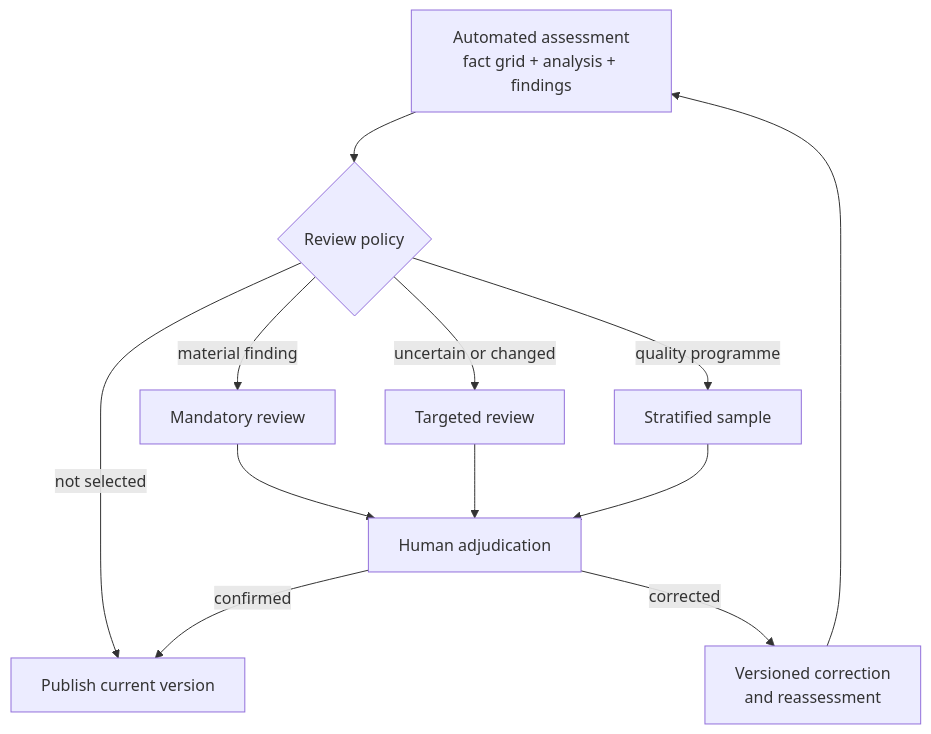
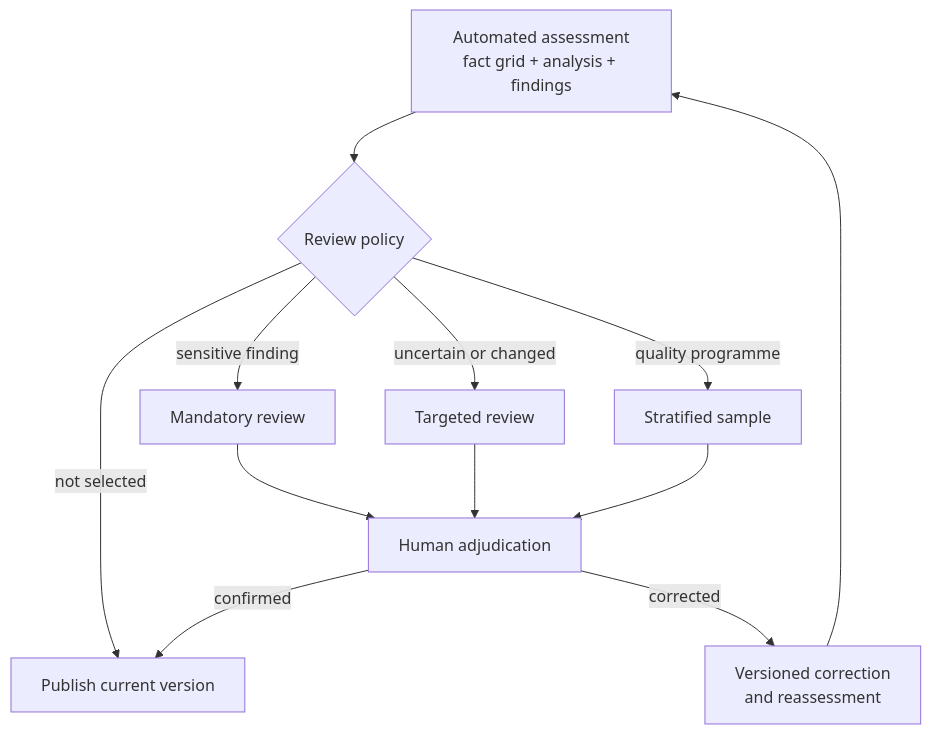
One commit to NickChaps/Open-AIRS changed the diagram in docs/en/quality-control.md. Above: the diagram before and after it, drawn with Mermaid. The commit also changed other lines of this file and 58 other files, not shown here.

````diff
--- a/docs/en/quality-control.md
+++ b/docs/en/quality-control.md
@@ -14,14 +14,14 @@
 ```mermaid
 flowchart TB
     A["Automated assessment<br/>fact grid + analysis + findings"] --> Q{"Review policy"}
-    Q -->|"material finding"| M["Mandatory review"]
+    Q -->|"sensitive finding"| M["Mandatory review"]
     Q -->|"uncertain or changed"| T["Targeted review"]
     Q -->|"quality programme"| S["Stratified sample"]
     Q -->|"not selected"| P["Publish current version"]
     M --> H["Human adjudication"]
     T --> H
     S --> H
     H -->|"confirmed"| P
     H -->|"corrected"| N["Versioned correction<br/>and reassessment"]
     N --> A
 ```
````
